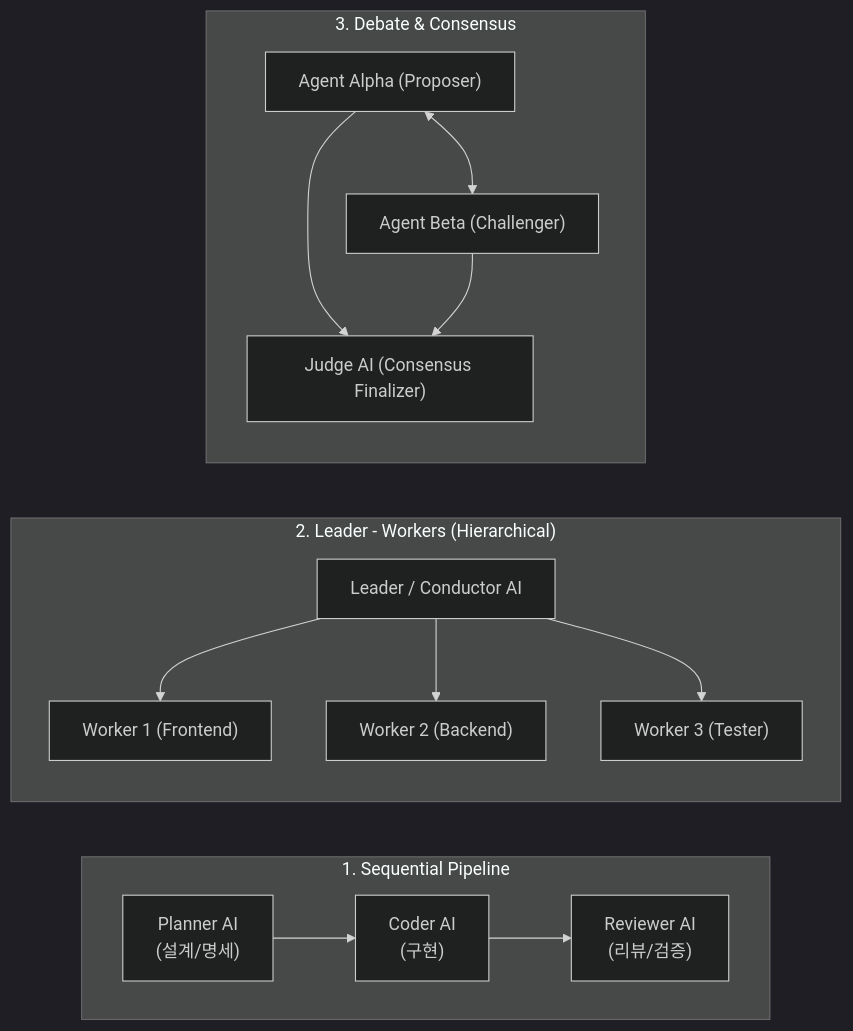
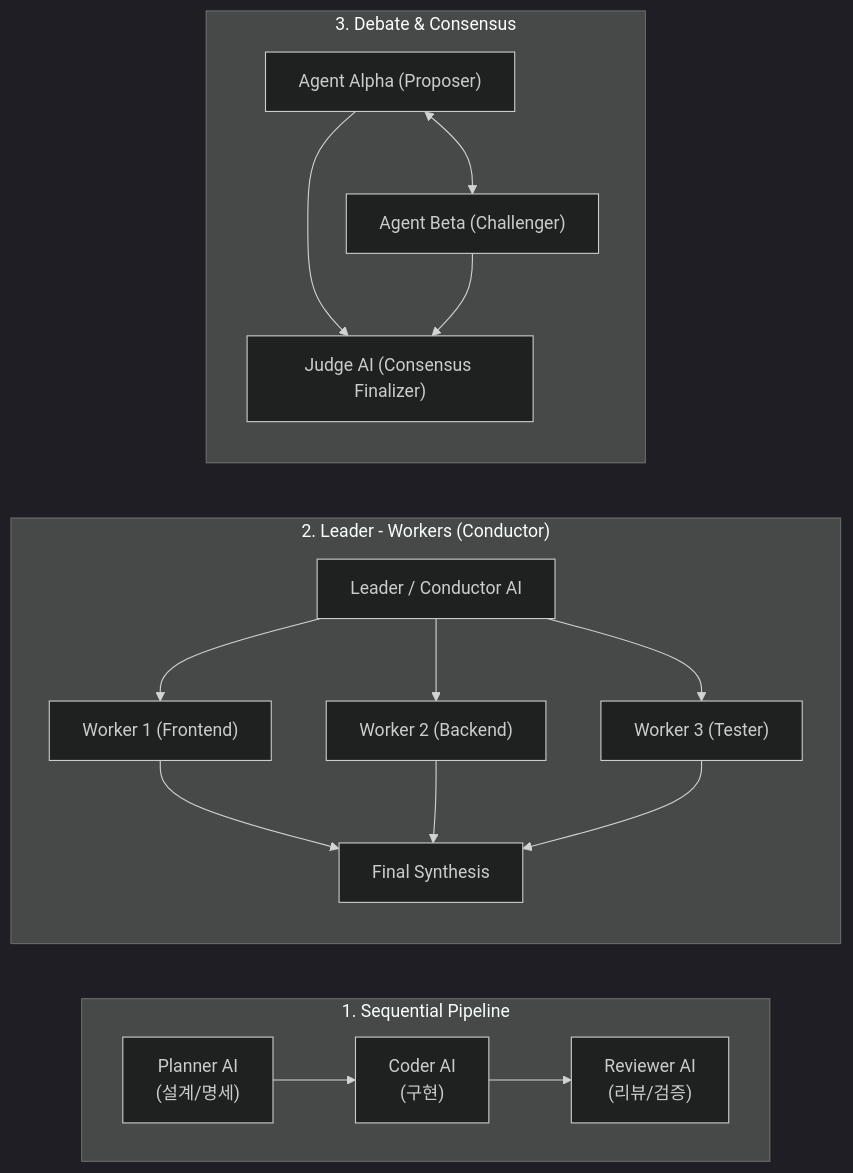
The second of 2 diagrams in docs/architecture.md (jaenimi-dev/ModueHarness), drawn with Mermaid (dark theme) before and after one commit. The commit also changed other lines of this file and 3 other files, not shown here.

````diff
--- a/docs/architecture.md
+++ b/docs/architecture.md
@@ -106,25 +81,28 @@
 ```mermaid
 flowchart LR
     subgraph Topology1["1. Sequential Pipeline"]
         direction LR
         P1["Planner AI\n(설계/명세)"] --> C1["Coder AI\n(구현)"] --> R1["Reviewer AI\n(리뷰/검증)"]
     end
 
-    subgraph Topology2["2. Leader - Workers (Hierarchical)"]
+    subgraph Topology2["2. Leader - Workers (Conductor)"]
         direction TB
         L["Leader / Conductor AI"]
         W1["Worker 1 (Frontend)"]
         W2["Worker 2 (Backend)"]
         W3["Worker 3 (Tester)"]
         L --> W1
         L --> W2
         L --> W3
+        W1 --> S["Final Synthesis"]
+        W2 --> S
+        W3 --> S
     end
 
     subgraph Topology3["3. Debate & Consensus"]
         direction TB
         A["Agent Alpha (Proposer)"] <--> B["Agent Beta (Challenger)"]
         A --> J["Judge AI (Consensus Finalizer)"]
         B --> J
     end
 ```
````
